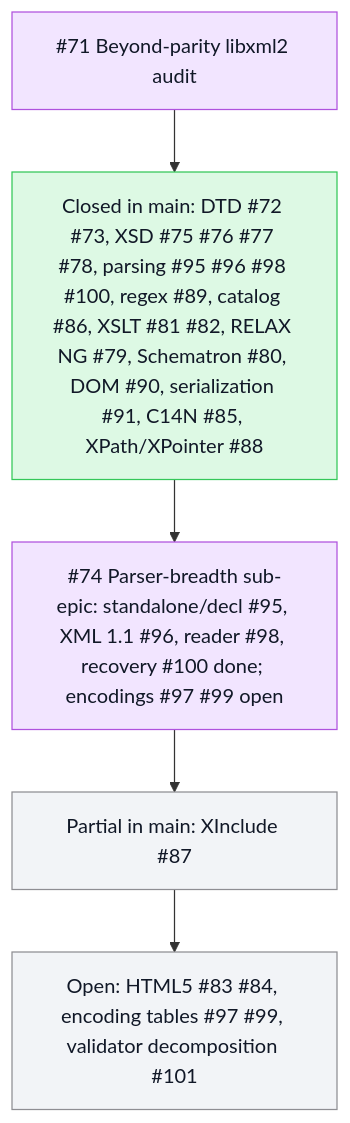
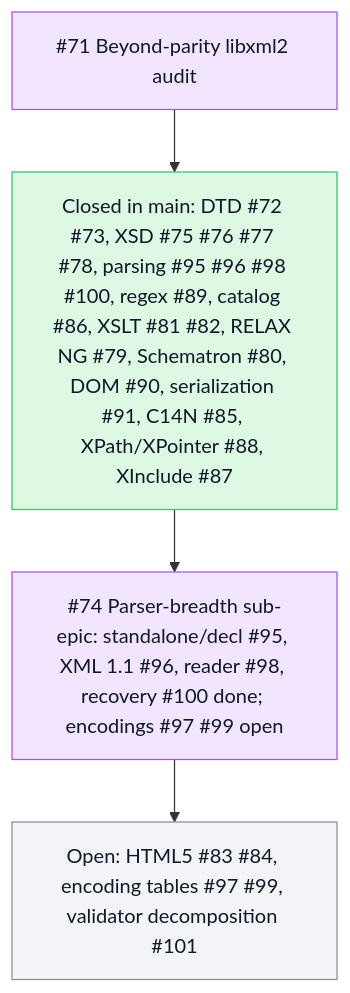
One commit to mihaelamj/PureXML changed the second of 2 diagrams in README.md. Above: the diagram before and after it, drawn with Mermaid. The commit also changed other lines of this file and 3 other files, not shown here.

Commit message:
feat(xinclude): range inclusion via XPointer range model (#87)

````diff
--- a/README.md
+++ b/README.md
@@ -73,16 +73,14 @@
 ```mermaid
 flowchart TB
   classDef done fill:#ddf9e4,stroke:#34c759,color:#111827
   classDef review fill:#fff7d6,stroke:#ffcc00,color:#111827
   classDef epic fill:#f2e5ff,stroke:#af52de,color:#111827
   classDef todo fill:#f2f4f7,stroke:#8e8e93,color:#111827
   Epic71["#71 Beyond-parity libxml2 audit"]:::epic
-  AuditDone["Closed in main: DTD #72 #73, XSD #75 #76 #77 #78, parsing #95 #96 #98 #100, regex #89, catalog #86, XSLT #81 #82, RELAX NG #79, Schematron #80, DOM #90, serialization #91, C14N #85, XPath/XPointer #88"]:::done
+  AuditDone["Closed in main: DTD #72 #73, XSD #75 #76 #77 #78, parsing #95 #96 #98 #100, regex #89, catalog #86, XSLT #81 #82, RELAX NG #79, Schematron #80, DOM #90, serialization #91, C14N #85, XPath/XPointer #88, XInclude #87"]:::done
   Epic74["#74 Parser-breadth sub-epic: standalone/decl #95, XML 1.1 #96, reader #98, recovery #100 done; encodings #97 #99 open"]:::epic
-  Partial["Partial in main: XInclude #87"]:::todo
   Open["Open: HTML5 #83 #84, encoding tables #97 #99, validator decomposition #101"]:::todo
   Epic71 --> AuditDone
   AuditDone --> Epic74
-  Epic74 --> Partial
-  Partial --> Open
+  Epic74 --> Open
 ```
````
